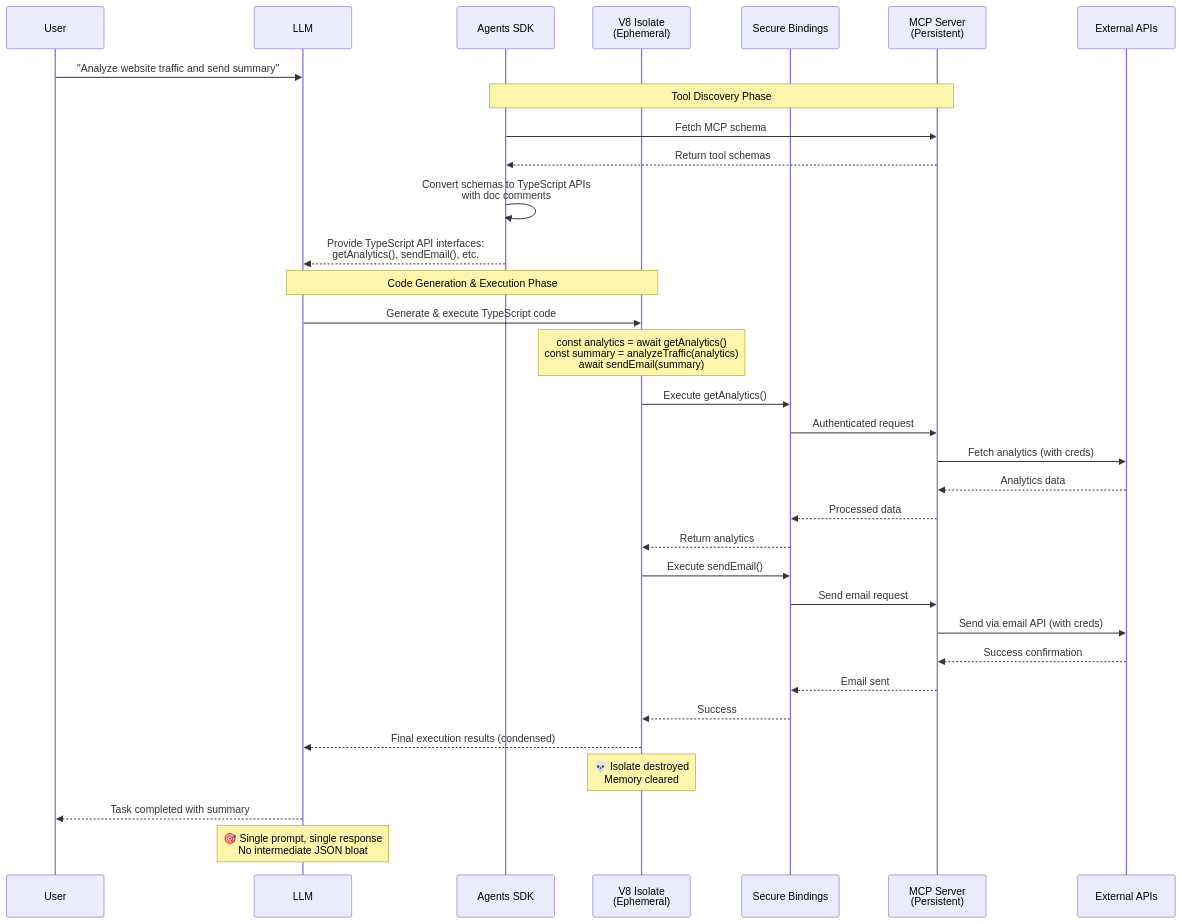
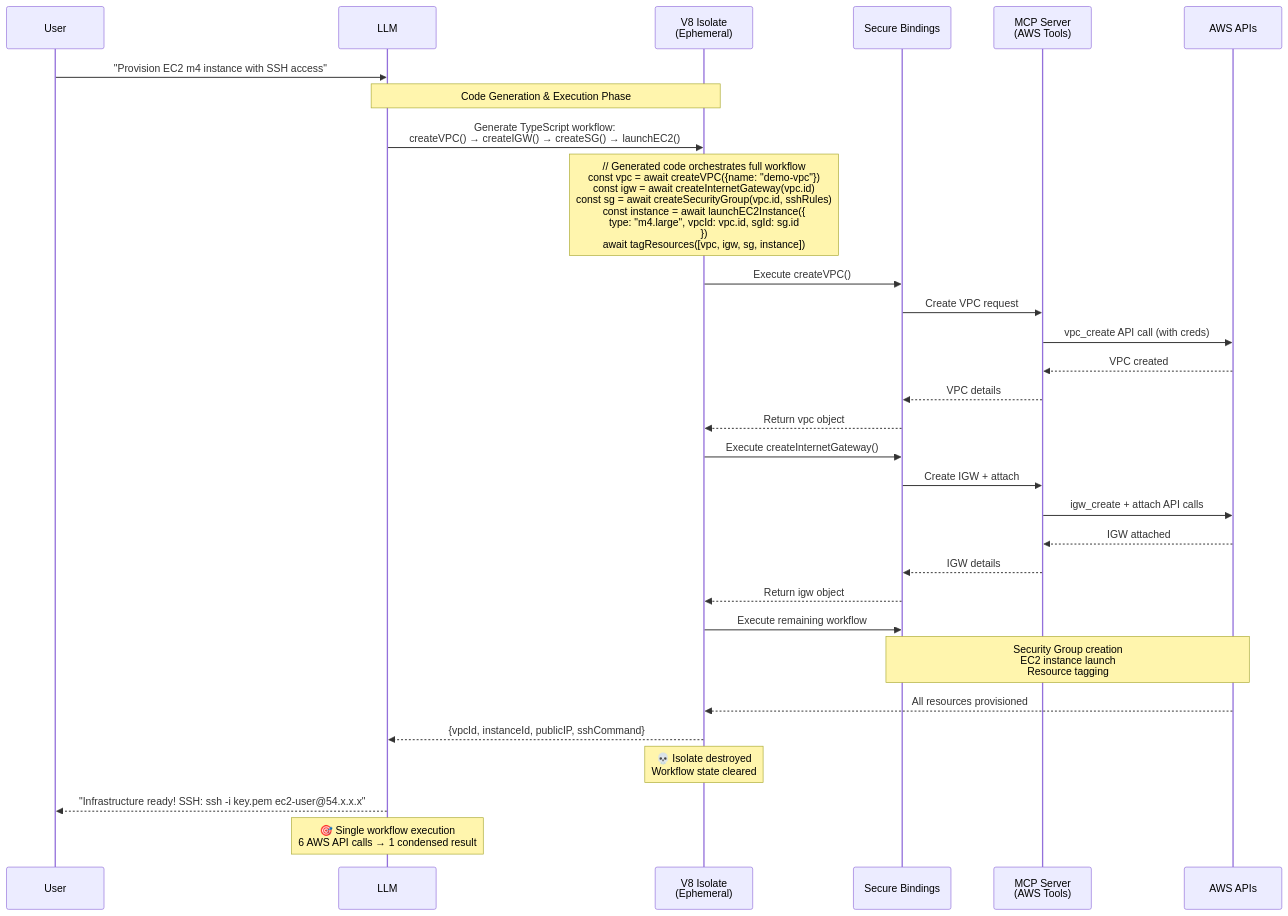
The diagram in patterns/code-first-tool-interface-pattern.md (nibzard/awesome-agentic-patterns), drawn with Mermaid before and after one commit. The commit also changed other lines of this file, not shown here.

First line of the commit message:
Complete Code Mode pattern enhancement with implementation guidance

````diff
--- a/patterns/code-first-tool-interface-pattern.md
+++ b/patterns/code-first-tool-interface-pattern.md
@@ -145,42 +149,40 @@
 ```mermaid
 sequenceDiagram
     participant User
     participant LLM
-    participant AgentsSDK as Agents SDK
     participant V8Isolate as V8 Isolate<br/>(Ephemeral)
     participant Bindings as Secure Bindings
-    participant MCPServer as MCP Server<br/>(Persistent)
-    participant ExternalAPIs as External APIs
+    participant MCPServer as MCP Server<br/>(AWS Tools)
+    participant AWS as AWS APIs
 
-    User->>LLM: "Analyze website traffic and send summary"
-
-    Note over AgentsSDK,MCPServer: Tool Discovery Phase
-    AgentsSDK->>MCPServer: Fetch MCP schema
-    MCPServer-->>AgentsSDK: Return tool schemas
-    AgentsSDK->>AgentsSDK: Convert schemas to TypeScript APIs<br/>with doc comments
-    AgentsSDK-->>LLM: Provide TypeScript API interfaces:<br/>getAnalytics(), sendEmail(), etc.
+    User->>LLM: "Provision EC2 m4 instance with SSH access"
 
     Note over LLM,V8Isolate: Code Generation & Execution Phase
-    LLM->>V8Isolate: Generate & execute TypeScript code
-    Note over V8Isolate: const analytics = await getAnalytics()<br/>const summary = analyzeTraffic(analytics)<br/>await sendEmail(summary)
+    LLM->>V8Isolate: Generate TypeScript workflow:<br/>createVPC() → createIGW() → createSG() → launchEC2()
 
-    V8Isolate->>Bindings: Execute getAnalytics()
-    Bindings->>MCPServer: Authenticated request
-    MCPServer->>ExternalAPIs: Fetch analytics (with creds)
-    ExternalAPIs-->>MCPServer: Analytics data
-    MCPServer-->>Bindings: Processed data
-    Bindings-->>V8Isolate: Return analytics
+    Note over V8Isolate: // Generated code orchestrates full workflow<br/>const vpc = await createVPC({name: "demo-vpc"})<br/>const igw = await createInternetGateway(vpc.id)<br/>const sg = await createSecurityGroup(vpc.id, sshRules)<br/>const instance = await launchEC2Instance({<br/>  type: "m4.large", vpcId: vpc.id, sgId: sg.id<br/>})<br/>await tagResources([vpc, igw, sg, instance])
 
-    V8Isolate->>Bindings: Execute sendEmail()
-    Bindings->>MCPServer: Send email request
-    MCPServer->>ExternalAPIs: Send via email API (with creds)
-    ExternalAPIs-->>MCPServer: Success confirmation
-    MCPServer-->>Bindings: Email sent
-    Bindings-->>V8Isolate: Success
+    V8Isolate->>Bindings: Execute createVPC()
+    Bindings->>MCPServer: Create VPC request
+    MCPServer->>AWS: vpc_create API call (with creds)
+    AWS-->>MCPServer: VPC created
+    MCPServer-->>Bindings: VPC details
+    Bindings-->>V8Isolate: Return vpc object
 
-    V8Isolate-->>LLM: Final execution results (condensed)
-    Note over V8Isolate: 💀 Isolate destroyed<br/>Memory cleared
-    LLM-->>User: Task completed with summary
+    V8Isolate->>Bindings: Execute createInternetGateway()
+    Bindings->>MCPServer: Create IGW + attach
+    MCPServer->>AWS: igw_create + attach API calls
+    AWS-->>MCPServer: IGW attached
+    MCPServer-->>Bindings: IGW details
+    Bindings-->>V8Isolate: Return igw object
 
-    Note over LLM: 🎯 Single prompt, single response<br/>No intermediate JSON bloat
+    V8Isolate->>Bindings: Execute remaining workflow
+    Note over Bindings,AWS: Security Group creation<br/>EC2 instance launch<br/>Resource tagging
+    AWS-->>V8Isolate: All resources provisioned
+
+    V8Isolate-->>LLM: {vpcId, instanceId, publicIP, sshCommand}
+    Note over V8Isolate: 💀 Isolate destroyed<br/>Workflow state cleared
+    LLM-->>User: "Infrastructure ready! SSH: ssh -i key.pem ec2-user@54.x.x.x"
+
+    Note over LLM: 🎯 Single workflow execution<br/>6 AWS API calls → 1 condensed result
 ```
````
